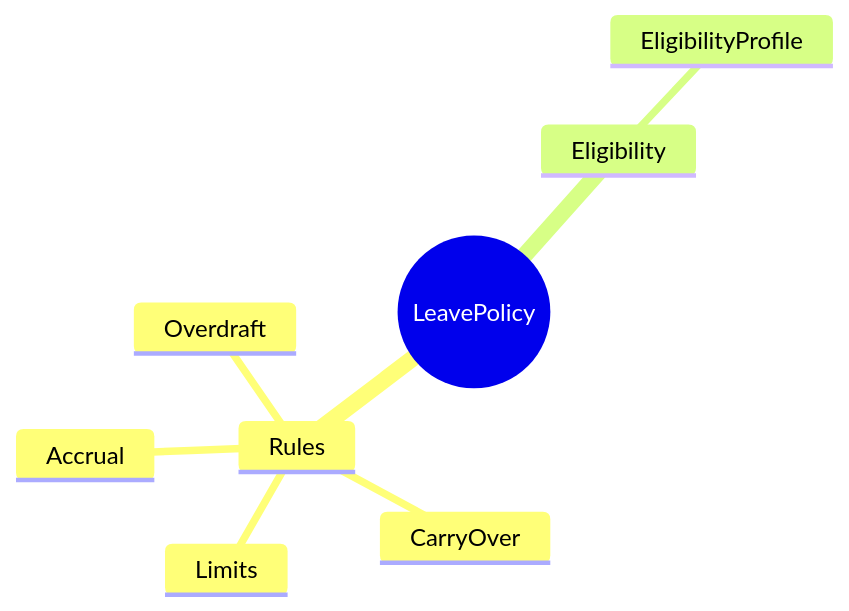
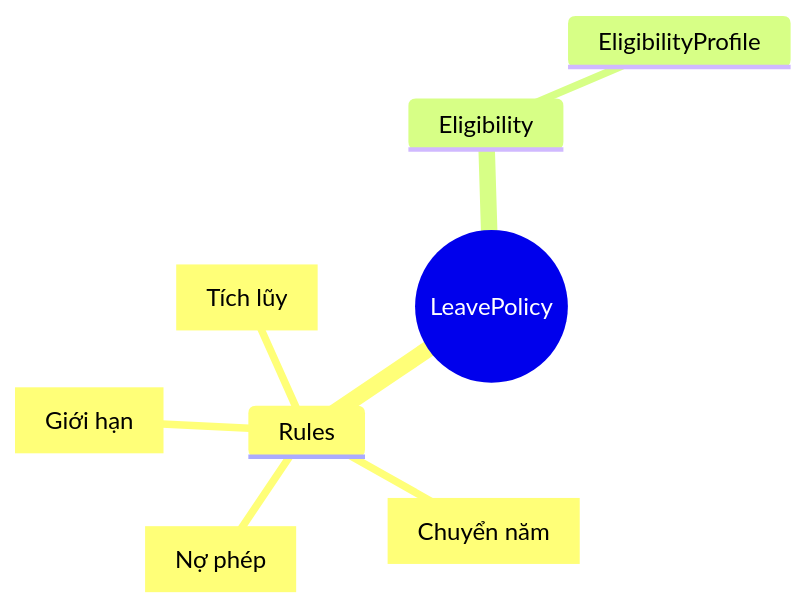
Before and after one commit to a4b-corporation/xTalent: the first of 4 diagrams in docs/01-modules/TA/00-ontology/domain/leave-definition/leave-policy.onto.md, drawn with Mermaid. The commit also changed other lines of this file and 12 other files, not shown here.

````diff
--- a/docs/01-modules/TA/00-ontology/domain/leave-definition/leave-policy.onto.md
+++ b/docs/01-modules/TA/00-ontology/domain/leave-definition/leave-policy.onto.md
@@ -128,11 +138,11 @@
 ```mermaid
 mindmap
   root((LeavePolicy))
     Rules
-      Accrual
-      CarryOver
-      Limits
-      Overdraft
+      Accrual["Tích lũy"]
+      CarryOver["Chuyển năm"]
+      Limits["Giới hạn"]
+      Overdraft["Nợ phép"]
     Eligibility
       EligibilityProfile
 ```
````
